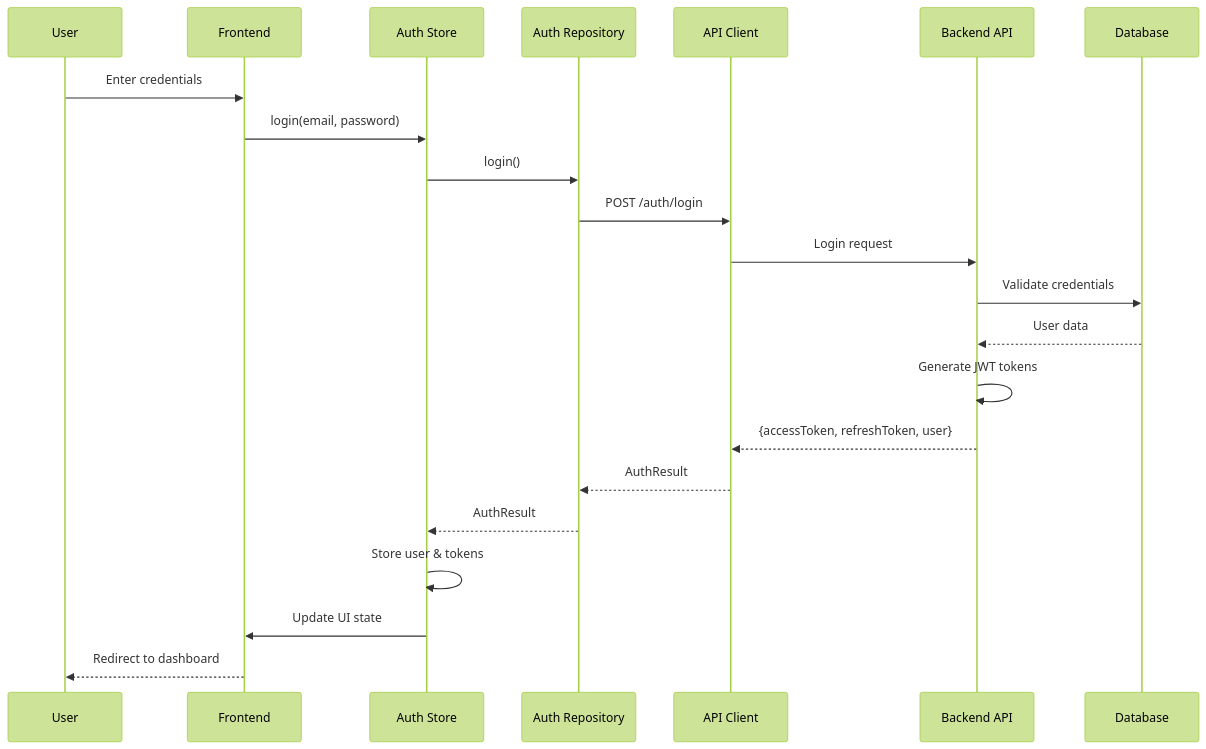
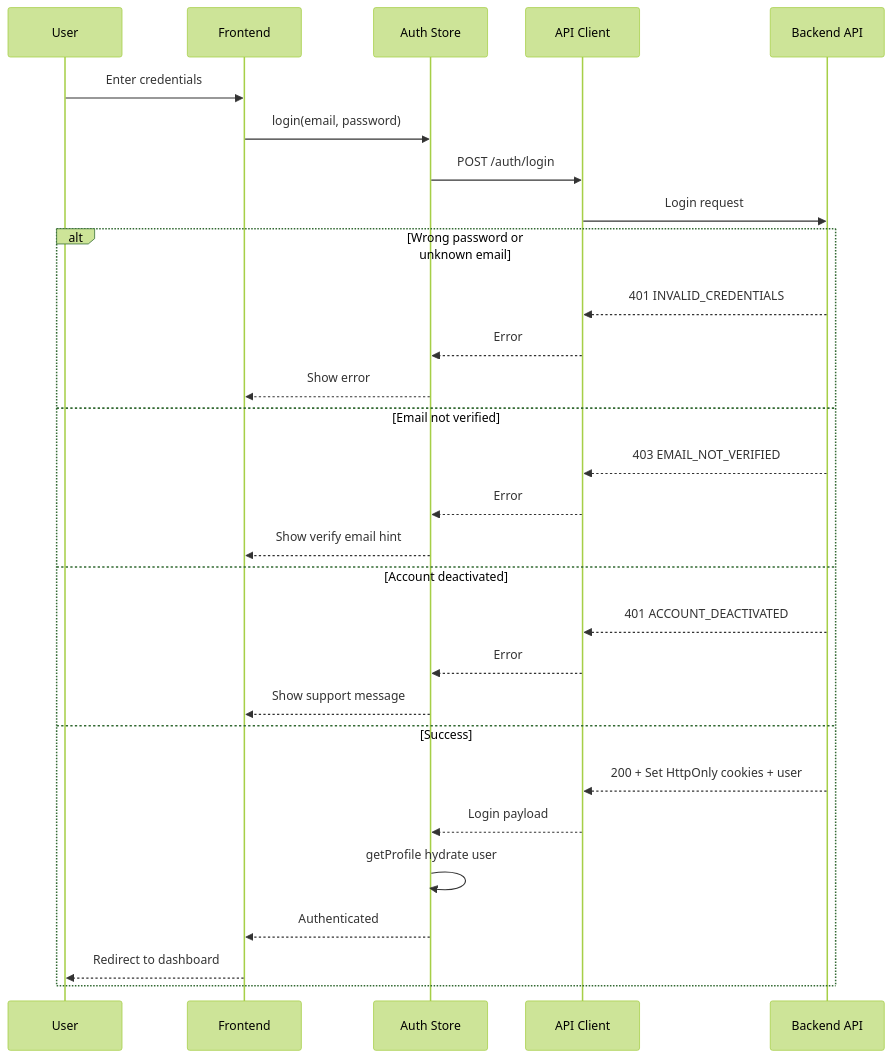
One commit to josephnguyen-macusaone/abc-dashboard changed the eighth of 14 diagrams in frontend/docs/guides/authentication-flow.md. Above: the diagram before and after it, drawn with Mermaid (forest theme). The commit also changed other lines of this file and 95 other files, not shown here.

First line of the commit message:
feat(auth): implement email verification resend functionality

````diff
--- a/frontend/docs/guides/authentication-flow.md
+++ b/frontend/docs/guides/authentication-flow.md
@@ -90,25 +207,32 @@
 ```mermaid
 sequenceDiagram
     participant U as User
     participant F as Frontend
     participant AS as Auth Store
-    participant AR as Auth Repository
     participant API as API Client
     participant BE as Backend API
-    participant DB as Database
 
     U->>F: Enter credentials
     F->>AS: login(email, password)
-    AS->>AR: login()
-    AR->>API: POST /auth/login
+    AS->>API: POST /auth/login
     API->>BE: Login request
-    BE->>DB: Validate credentials
-    DB-->>BE: User data
-    BE->>BE: Generate JWT tokens
-    BE-->>API: {accessToken, refreshToken, user}
-    API-->>AR: AuthResult
-    AR-->>AS: AuthResult
-    AS->>AS: Store user & tokens
-    AS->>F: Update UI state
-    F-->>U: Redirect to dashboard
+    alt Wrong password or unknown email
+        BE-->>API: 401 INVALID_CREDENTIALS
+        API-->>AS: Error
+        AS-->>F: Show error
+    else Email not verified
+        BE-->>API: 403 EMAIL_NOT_VERIFIED
+        API-->>AS: Error
+        AS-->>F: Show verify email hint
+    else Account deactivated
+        BE-->>API: 401 ACCOUNT_DEACTIVATED
+        API-->>AS: Error
+        AS-->>F: Show support message
+    else Success
+        BE-->>API: 200 + Set HttpOnly cookies + user
+        API-->>AS: Login payload
+        AS->>AS: getProfile hydrate user
+        AS-->>F: Authenticated
+        F-->>U: Redirect to dashboard
+    end
 ```
````
